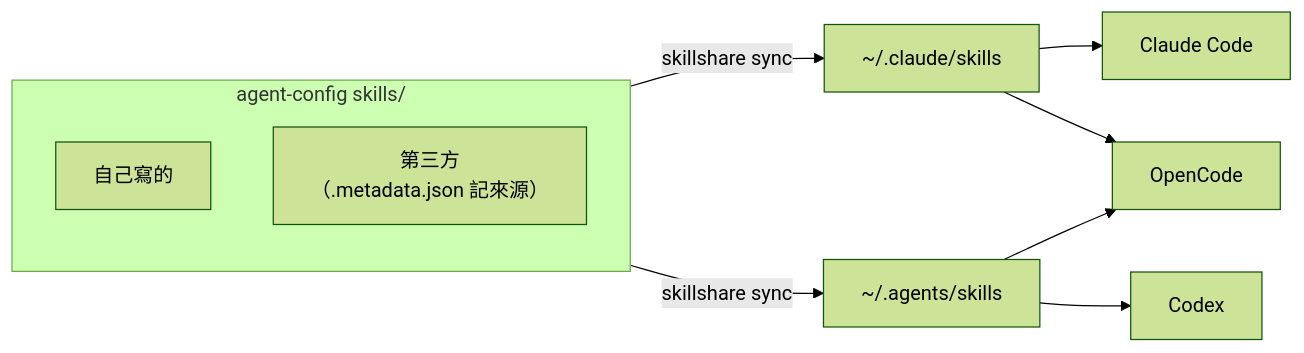
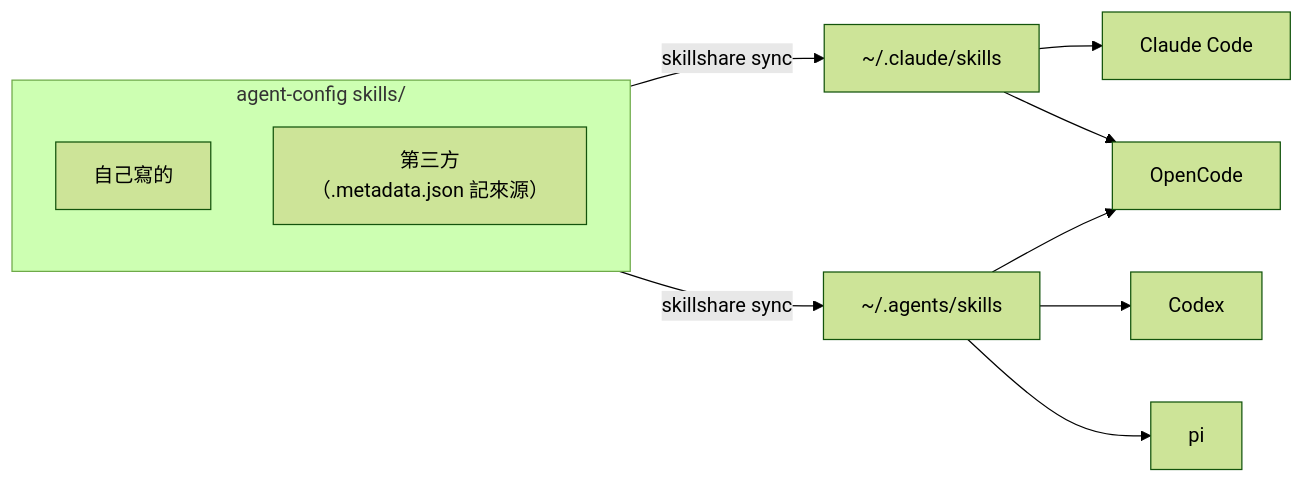
One commit to henry5720/agent-config changed the first of 2 diagrams in docs/skills/README.md. Above: the diagram before and after it, drawn with Mermaid (forest theme). The commit also changed other lines of this file and 7 other files, not shown here.

````diff
--- a/docs/skills/README.md
+++ b/docs/skills/README.md
@@ -13,13 +13,14 @@
 ```mermaid
 flowchart LR
   subgraph repo["agent-config skills/"]
     own["自己寫的"]
     third["第三方<br/>（.metadata.json 記來源）"]
   end
   repo -- "skillshare sync" --> C["~/.claude/skills"]
   repo -- "skillshare sync" --> A["~/.agents/skills"]
   C --> CC["Claude Code"]
   A --> CX["Codex"]
   C --> OC["OpenCode"]
   A --> OC
+  A --> PI["pi"]
 ```
````
